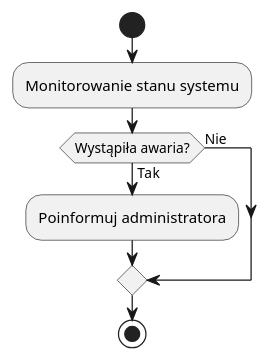
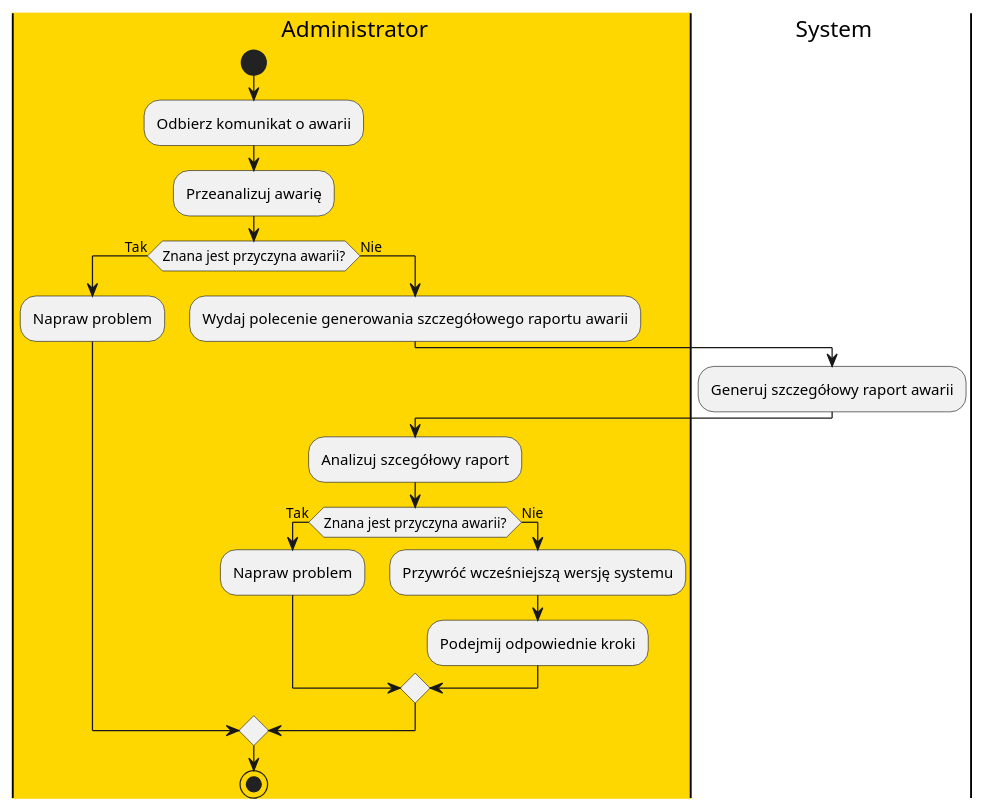
One commit to aleksanderpiluk/IWO changed the diagram in dokumentacja/specyfikacja.wymagan/2.opis.biznesu/procesy.biznesowe/procesy/PB0014.puml. Above: the diagram before and after it, drawn with PlantUML. The commit also changed 9 other files, not shown here.

```diff
--- a/dokumentacja/specyfikacja.wymagan/2.opis.biznesu/procesy.biznesowe/procesy/PB0014.puml
+++ b/dokumentacja/specyfikacja.wymagan/2.opis.biznesu/procesy.biznesowe/procesy/PB0014.puml
@@ -1,11 +1,26 @@
 @startuml
 
+|#gold|a| Administrator
+|s| System
+|a|
 start
-:Monitorowanie stanu systemu;
-if (Wystąpiła awaria?) then (Tak)
-:Poinformuj administratora;
+:Odbierz komunikat o awarii;
+:Przeanalizuj awarię;
+if (Znana jest przyczyna awarii?) then (Tak)
+  :Napraw problem;
 else (Nie)
+  :Wydaj polecenie generowania szczegółowego raportu awarii;
+  |s|
+  :Generuj szczegółowy raport awarii;
+  |a|
+  :Analizuj szcegółowy raport;
+  if (Znana jest przyczyna awarii?) then (Tak)
+    :Napraw problem;
+  else (Nie)
+    :Przywróć wcześniejszą wersję systemu;
+    :Podejmij odpowiednie kroki;
+  endif
 endif
 
 stop
 @enduml
```
